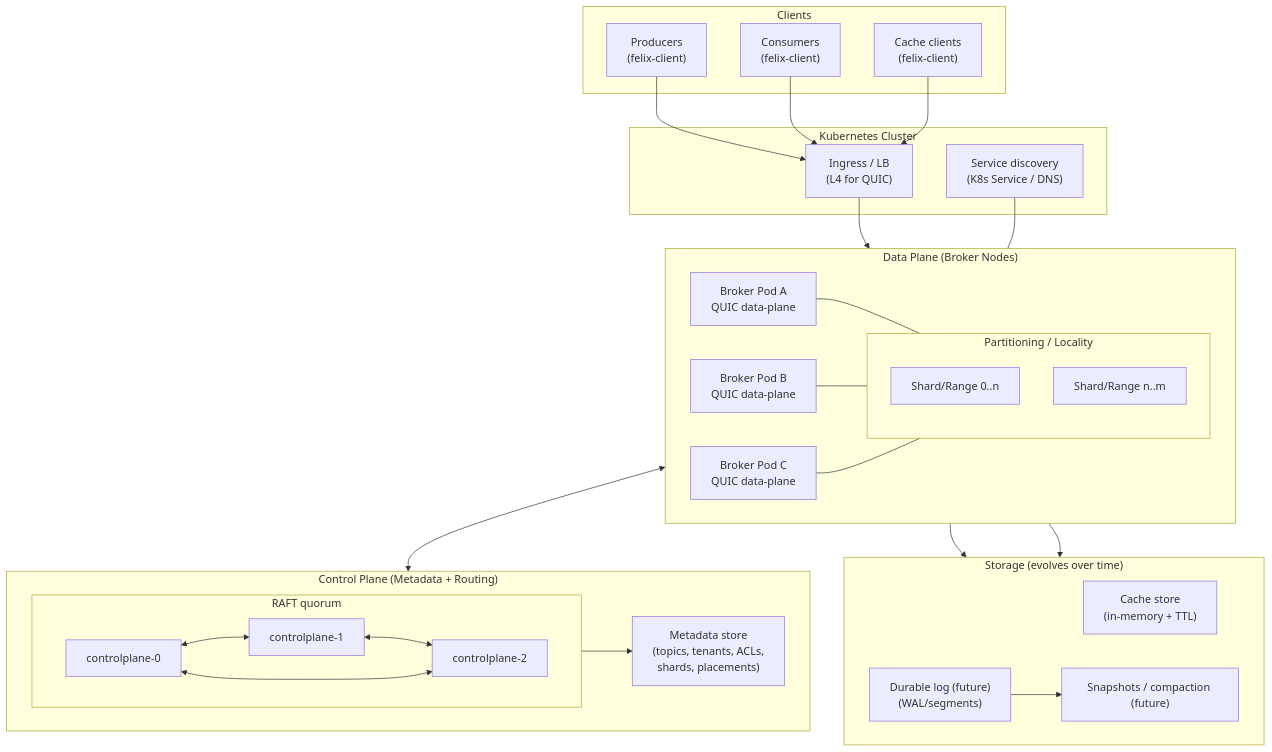
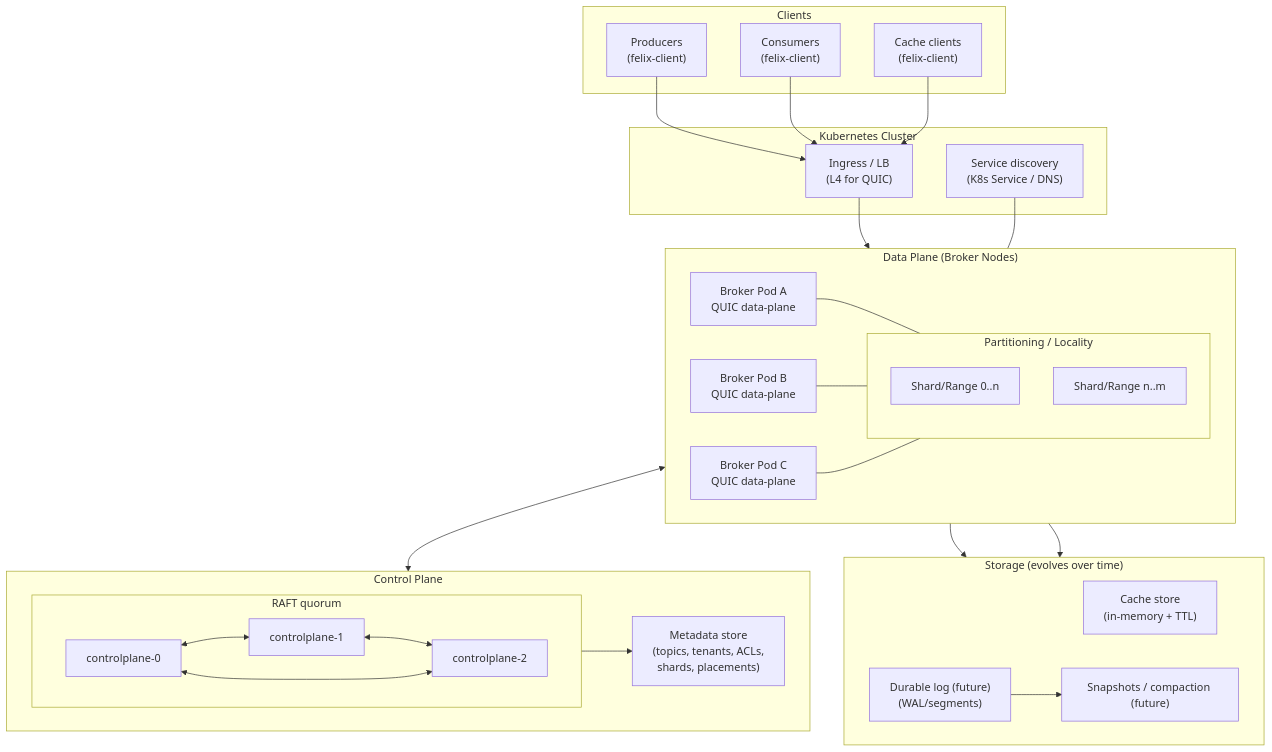
One commit to gabloe/felix changed the first of 2 diagrams in docs/architecture.md. Above: the diagram before and after it, drawn with Mermaid.

Commit message:
Fix text in chart

````diff
--- a/docs/architecture.md
+++ b/docs/architecture.md
@@ -170,72 +170,72 @@
 ```mermaid
 flowchart TB
   %% ---------- Clients ----------
   subgraph Clients["Clients"]
     C1["Producers<br/>(felix-client)"]
     C2["Consumers<br/>(felix-client)"]
     C3["Cache clients<br/>(felix-client)"]
   end
 
   %% ---------- Kubernetes / Edge ----------
   subgraph K8s["Kubernetes Cluster"]
     Ingress["Ingress / LB<br/>(L4 for QUIC)"]
     DNS["Service discovery<br/>(K8s Service / DNS)"]
   end
 
   C1 --> Ingress
   C2 --> Ingress
   C3 --> Ingress
 
   %% ---------- Data Plane ----------
   subgraph DP["Data Plane (Broker Nodes)"]
     direction LR
     B1["Broker Pod A<br/>QUIC data-plane"]
     B2["Broker Pod B<br/>QUIC data-plane"]
     B3["Broker Pod C<br/>QUIC data-plane"]
 
     subgraph Shards["Partitioning / Locality"]
       R1["Shard/Range 0..n"]
       R2["Shard/Range n..m"]
     end
 
     B1 --- Shards
     B2 --- Shards
     B3 --- Shards
   end
 
   Ingress --> DP
   DNS --- DP
 
   %% ---------- Control Plane ----------
-  subgraph CP["Control Plane (Metadata + Routing)"]
+  subgraph CP["Control Plane"]
     direction LR
     CP1["controlplane-0"]
     CP2["controlplane-1"]
     CP3["controlplane-2"]
 
     subgraph Raft["RAFT quorum"]
       direction LR
       CP1 <--> CP2
       CP2 <--> CP3
       CP1 <--> CP3
     end
 
     Meta["Metadata store<br/>(topics, tenants, ACLs,<br/>shards, placements)"]
     Raft --> Meta
   end
 
   %% ---------- Storage ----------
   subgraph Storage["Storage (evolves over time)"]
     direction LR
     CacheStore["Cache store<br/>(in-memory + TTL)"]
     LogStore["Durable log (future)<br/>(WAL/segments)"]
     Snapshots["Snapshots / compaction (future)"]
     LogStore --> Snapshots
   end
 
   %% ---------- Wiring ----------
   DP <--> CP
   DP --> CacheStore
   DP --> LogStore
 
 ```
````
